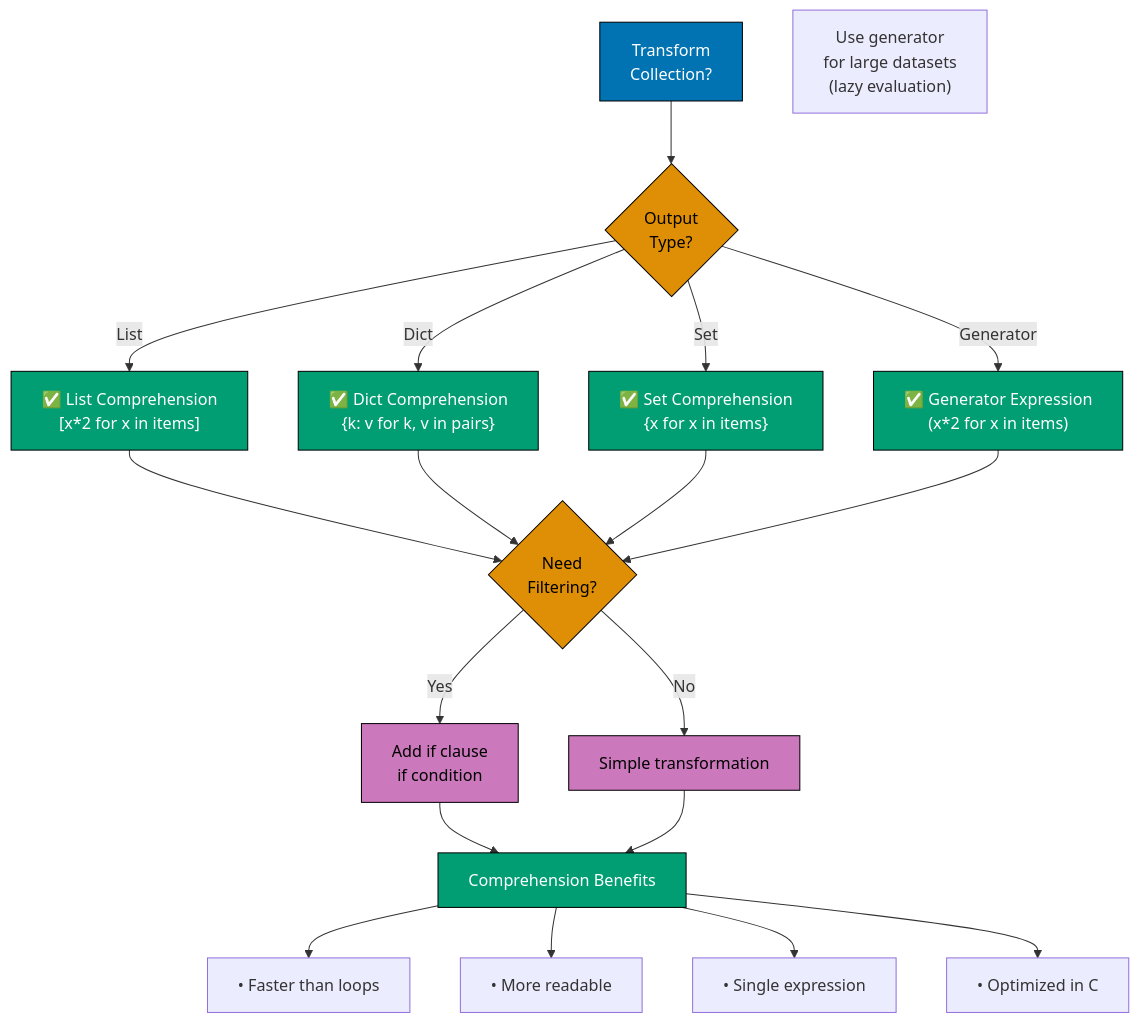
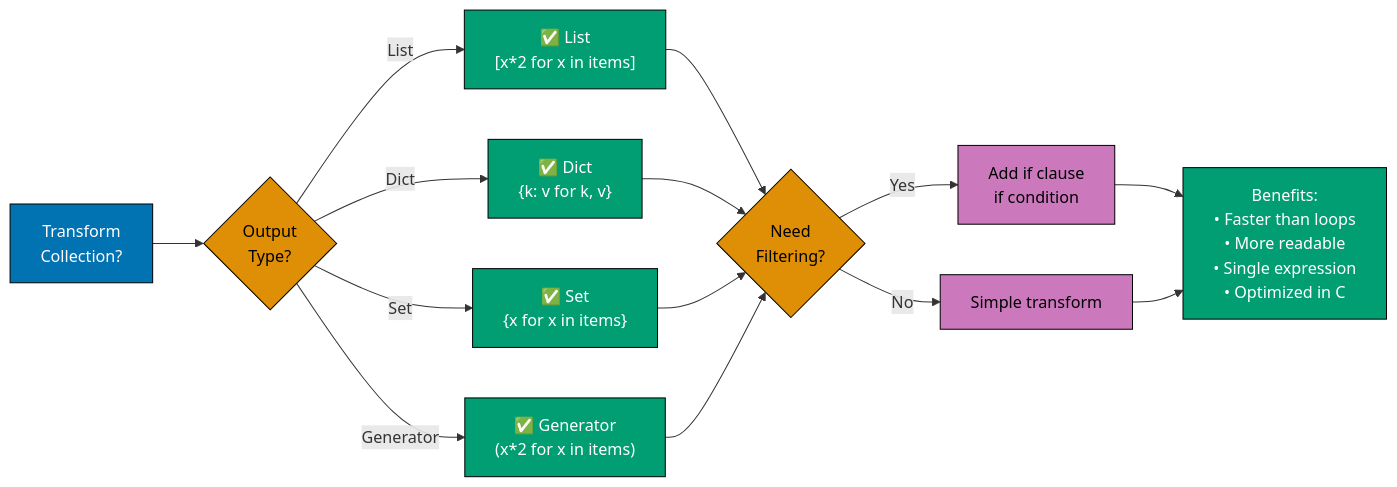
One commit to wahidyankf/open-sharia-enterprise changed the first of 7 diagrams in docs/explanation/software-engineering/programming-languages/python/idioms.md. Above: the diagram before and after it, drawn with Mermaid. The commit also changed other lines of this file and 12 other files, not shown here.

First line of the commit message:
fix(docs): fix mermaid violations in python docs

````diff
--- a/docs/explanation/software-engineering/programming-languages/python/idioms.md
+++ b/docs/explanation/software-engineering/programming-languages/python/idioms.md
@@ -147,35 +147,28 @@
 ```mermaid
 %% Color Palette: Blue #0173B2, Orange #DE8F05, Teal #029E73, Purple #CC78BC
 %% All colors are color-blind friendly and meet WCAG AA contrast standards
 
-graph TD
+graph LR
     A["Transform<br/>Collection?"]:::blue --> B{"Output<br/>Type?"}:::orange
 
-    B -->|"List"| C["✅ List Comprehension<br/>[x*2 for x in items]"]:::teal
-    B -->|"Dict"| D["✅ Dict Comprehension<br/>{k: v for k, v in pairs}"]:::teal
-    B -->|"Set"| E["✅ Set Comprehension<br/>{x for x in items}"]:::teal
-    B -->|"Generator"| F["✅ Generator Expression<br/>(x*2 for x in items)"]:::teal
+    B -->|"List"| C["✅ List<br/>[x*2 for x in items]"]:::teal
+    B -->|"Dict"| D["✅ Dict<br/>{k: v for k, v}"]:::teal
+    B -->|"Set"| E["✅ Set<br/>{x for x in items}"]:::teal
+    B -->|"Generator"| F["✅ Generator<br/>(x*2 for x in items)"]:::teal
 
     C --> G{"Need<br/>Filtering?"}:::orange
     D --> G
     E --> G
     F --> G
 
     G -->|"Yes"| H["Add if clause<br/>if condition"]:::purple
-    G -->|"No"| I["Simple transformation"]:::purple
+    G -->|"No"| I["Simple transform"]:::purple
 
-    H --> J["Comprehension Benefits"]:::teal
+    H --> J["Benefits:<br/>• Faster than loops<br/>• More readable<br/>• Single expression<br/>• Optimized in C"]:::teal
     I --> J
-
-    J --> J1["• Faster than loops"]
-    J --> J2["• More readable"]
-    J --> J3["• Single expression"]
-    J --> J4["• Optimized in C"]
-
-    Note["Use generator<br/>for large datasets<br/>(lazy evaluation)"]
 
     classDef blue fill:#0173B2,stroke:#000,color:#fff
     classDef orange fill:#DE8F05,stroke:#000,color:#000
     classDef teal fill:#029E73,stroke:#000,color:#fff
     classDef purple fill:#CC78BC,stroke:#000,color:#000
 ```
````
